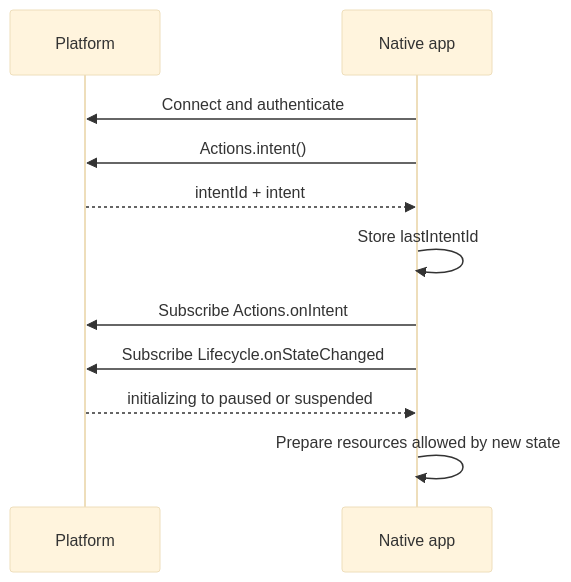
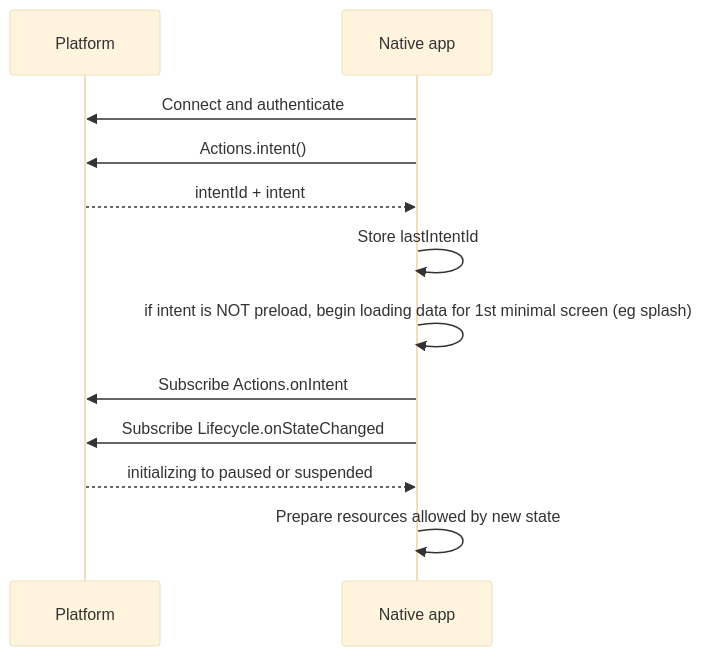
The first of 2 diagrams in LifecycleAndIntents.md (stagingrdkm/mddocs), drawn with Mermaid (base theme) before and after one commit. The commit also changed other lines of this file, not shown here.

````diff
--- a/LifecycleAndIntents.md
+++ b/LifecycleAndIntents.md
@@ -46,14 +47,15 @@
 ```mermaid
 sequenceDiagram
 	participant P as Platform
 	participant A as Native app
 
 	A->>P: Connect and authenticate
 	A->>P: Actions.intent()
 	P-->>A: intentId + intent
 	A->>A: Store lastIntentId
+	A->>A: if intent is NOT preload, begin loading data for 1st minimal screen (eg splash)
 	A->>P: Subscribe Actions.onIntent
 	A->>P: Subscribe Lifecycle.onStateChanged
 	P-->>A: initializing to paused or suspended
 	A->>A: Prepare resources allowed by new state
 ```
````
